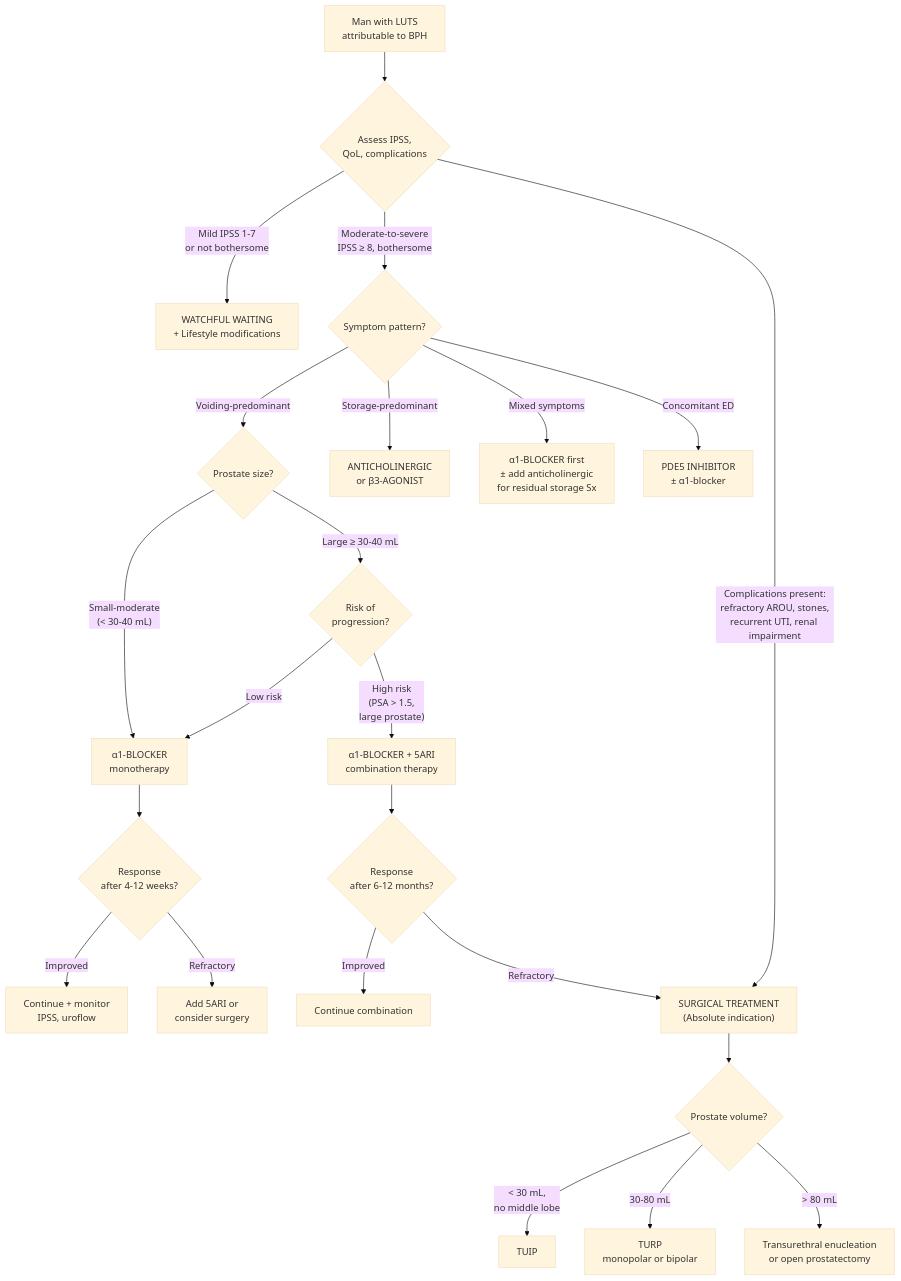
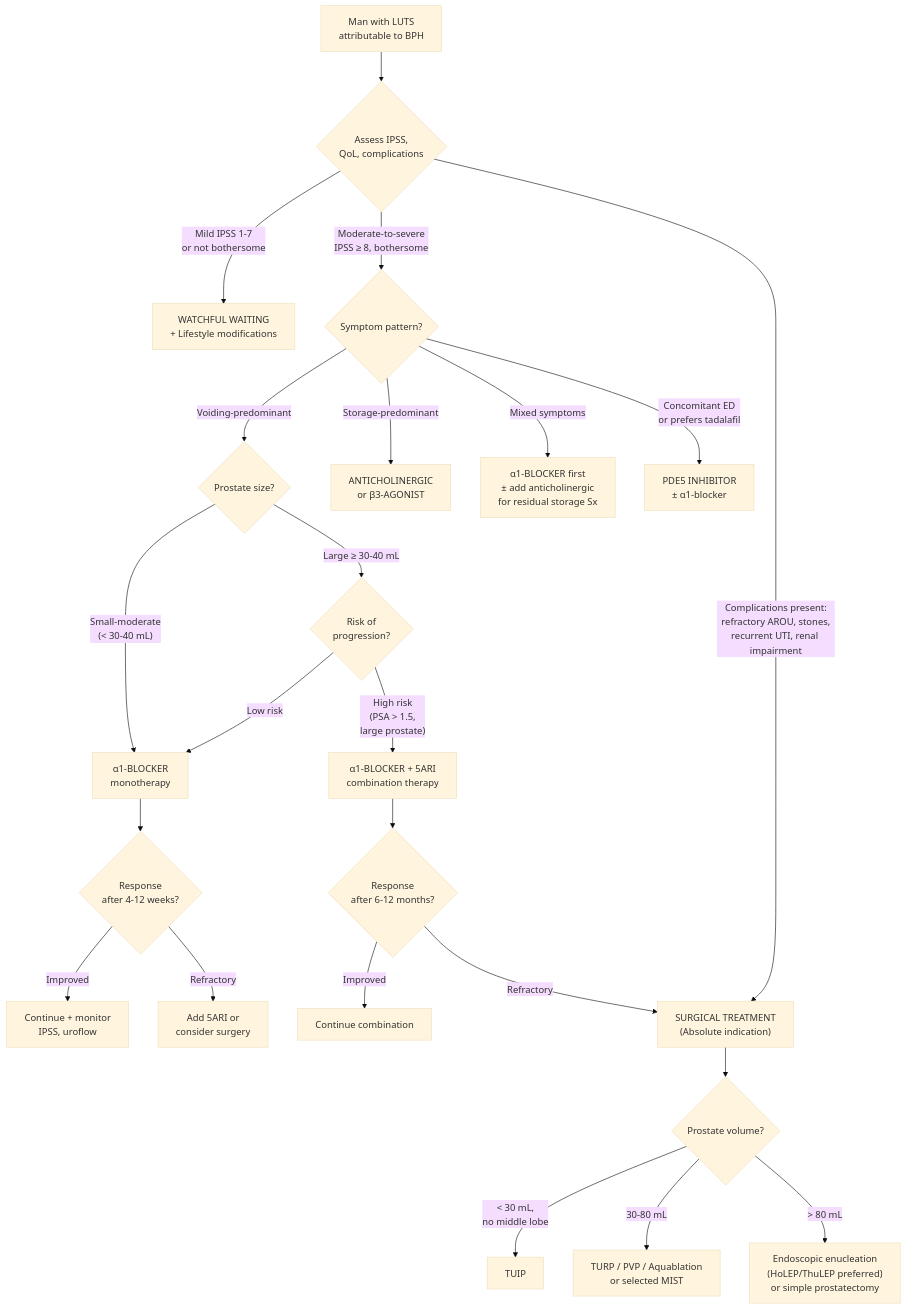
Before and after one commit to techjason/mbbspedia: the diagram in content/fragments/general-surgery/bph/mx.mdx, drawn with Mermaid (base theme). The commit also changed other lines of this file and 4 other files, not shown here.

````diff
--- a/content/fragments/general-surgery/bph/mx.mdx
+++ b/content/fragments/general-surgery/bph/mx.mdx
@@ -31,35 +31,35 @@
 ```mermaid
 graph TD
     A["Man with LUTS<br/>attributable to BPH"] --> B{"Assess IPSS,<br/>QoL, complications"}
 
     B -->|"Mild IPSS 1-7<br/>or not bothersome"| C["WATCHFUL WAITING<br/>+ Lifestyle modifications"]
 
     B -->|"Moderate-to-severe<br/>IPSS ≥ 8, bothersome"| D{"Symptom pattern?"}
 
     B -->|"Complications present:<br/>refractory AROU, stones,<br/>recurrent UTI, renal impairment"| S["SURGICAL TREATMENT<br/>(Absolute indication)"]
 
     D -->|"Voiding-predominant"| E{"Prostate size?"}
     E -->|"Small-moderate<br/>(< 30-40 mL)"| F["α1-BLOCKER<br/>monotherapy"]
     E -->|"Large ≥ 30-40 mL"| G{"Risk of<br/>progression?"}
     G -->|"Low risk"| F
     G -->|"High risk<br/>(PSA > 1.5,<br/>large prostate)"| H["α1-BLOCKER + 5ARI<br/>combination therapy"]
 
     D -->|"Storage-predominant"| I["ANTICHOLINERGIC<br/>or β3-AGONIST"]
 
     D -->|"Mixed symptoms"| J["α1-BLOCKER first<br/>± add anticholinergic<br/>for residual storage Sx"]
 
-    D -->|"Concomitant ED"| K["PDE5 INHIBITOR<br/>± α1-blocker"]
+    D -->|"Concomitant ED<br/>or prefers tadalafil"| K["PDE5 INHIBITOR<br/>± α1-blocker"]
 
     F --> L{"Response<br/>after 4-12 weeks?"}
     L -->|"Improved"| M["Continue + monitor<br/>IPSS, uroflow"]
     L -->|"Refractory"| N["Add 5ARI or<br/>consider surgery"]
 
     H --> O{"Response<br/>after 6-12 months?"}
     O -->|"Improved"| P["Continue combination"]
     O -->|"Refractory"| S
 
     S --> T{"Prostate volume?"}
     T -->|"< 30 mL,<br/>no middle lobe"| U["TUIP"]
-    T -->|"30-80 mL"| V["TURP<br/>monopolar or bipolar"]
-    T -->|"> 80 mL"| W["Transurethral enucleation<br/>or open prostatectomy"]
+    T -->|"30-80 mL"| V["TURP / PVP / Aquablation<br/>or selected MIST"]
+    T -->|"> 80 mL"| W["Endoscopic enucleation<br/>(HoLEP/ThuLEP preferred)<br/>or simple prostatectomy"]
 ```
````
